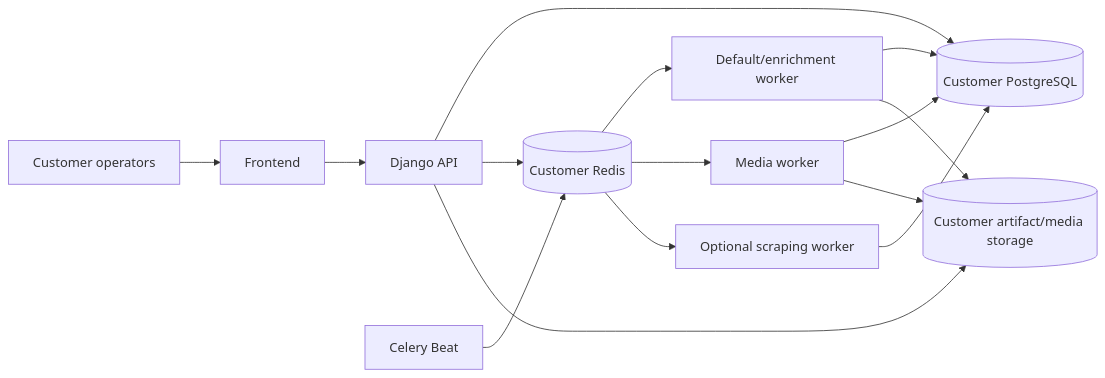
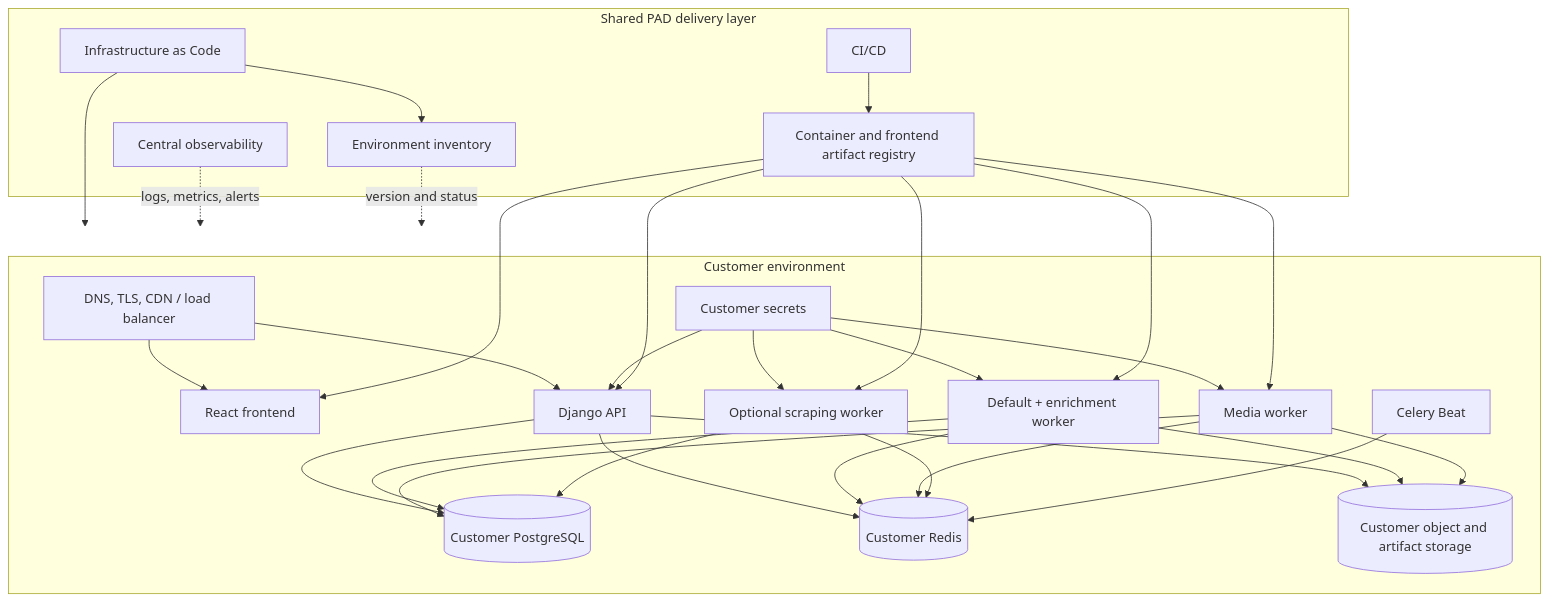
Before and after one commit to Europarts-Ukraine/docs: the first of 2 diagrams in content/internal/operations/deployment-model.md, drawn with Mermaid. The commit also changed other lines of this file and 4 other files, not shown here.

Commit message:
feat: update deployment documentation and clarify architecture decisions

````diff
--- a/content/internal/operations/deployment-model.md
+++ b/content/internal/operations/deployment-model.md
@@ -16,17 +35,54 @@
 ```mermaid
-flowchart LR
-  USER["Customer operators"] --> WEB["Frontend"]
-  WEB --> API["Django API"]
-  API --> PG[("Customer PostgreSQL")]
-  API --> REDIS[("Customer Redis")]
-  API --> STORE[("Customer artifact/media storage")]
-  BEAT["Celery Beat"] --> REDIS
-  REDIS --> DEF["Default/enrichment worker"]
-  REDIS --> MEDIA["Media worker"]
-  REDIS --> SCRAPE["Optional scraping worker"]
-  DEF --> PG
-  MEDIA --> PG
-  SCRAPE --> PG
-  DEF --> STORE
-  MEDIA --> STORE
+flowchart TB
+  subgraph CONTROL["Shared PAD delivery layer"]
+    CI["CI/CD"]
+    REG["Container and frontend artifact registry"]
+    IAC["Infrastructure as Code"]
+    INVENTORY["Environment inventory"]
+    OBS["Central observability"]
+    CI --> REG
+    IAC --> INVENTORY
+  end
+
+  subgraph CUSTOMER["Customer environment"]
+    EDGE["DNS, TLS, CDN / load balancer"]
+    WEB["React frontend"]
+    API["Django API"]
+    DEFAULT["Default + enrichment worker"]
+    MEDIA["Media worker"]
+    SCRAPE["Optional scraping worker"]
+    BEAT["Celery Beat"]
+    PG[("Customer PostgreSQL")]
+    REDIS[("Customer Redis")]
+    STORE[("Customer object and artifact storage")]
+    SECRETS["Customer secrets"]
+
+    EDGE --> WEB
+    EDGE --> API
+    API --> PG
+    API --> REDIS
+    API --> STORE
+    DEFAULT --> PG
+    DEFAULT --> REDIS
+    DEFAULT --> STORE
+    MEDIA --> PG
+    MEDIA --> REDIS
+    MEDIA --> STORE
+    SCRAPE --> PG
+    SCRAPE --> REDIS
+    BEAT --> REDIS
+    SECRETS --> API
+    SECRETS --> DEFAULT
+    SECRETS --> MEDIA
+    SECRETS --> SCRAPE
+  end
+
+  REG --> WEB
+  REG --> API
+  REG --> DEFAULT
+  REG --> MEDIA
+  REG --> SCRAPE
+  IAC --> CUSTOMER
+  OBS -. "logs, metrics, alerts" .-> CUSTOMER
+  INVENTORY -. "version and status" .-> CUSTOMER
 ```
````
